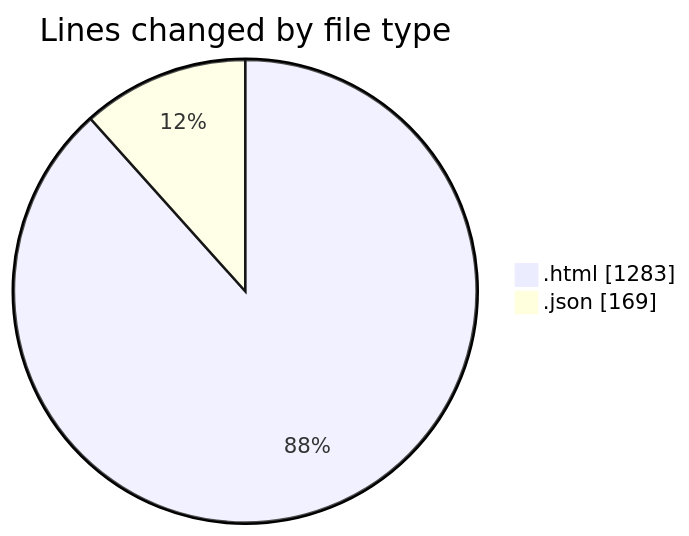
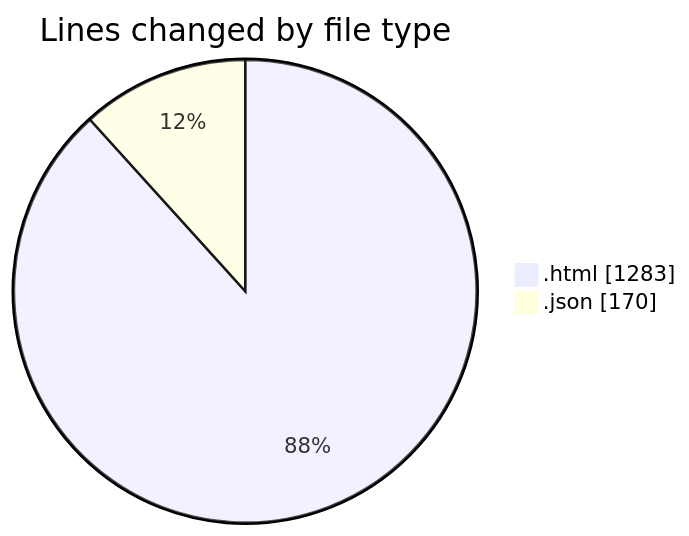
One commit to Ritupan-Deka/code-tracking changed the first of 2 diagrams in 2025-04-27/portfolio/README.md. Above: the diagram before and after it, drawn with Mermaid. The commit also changed other lines of this file and 1 other file, not shown here.

````diff
--- a/2025-04-27/portfolio/README.md
+++ b/2025-04-27/portfolio/README.md
@@ -21,6 +21,6 @@
 ```mermaid
 pie showData
 title Lines changed by file type
 ".html" : 1283
-".json" : 169
+".json" : 170
 ```
````
